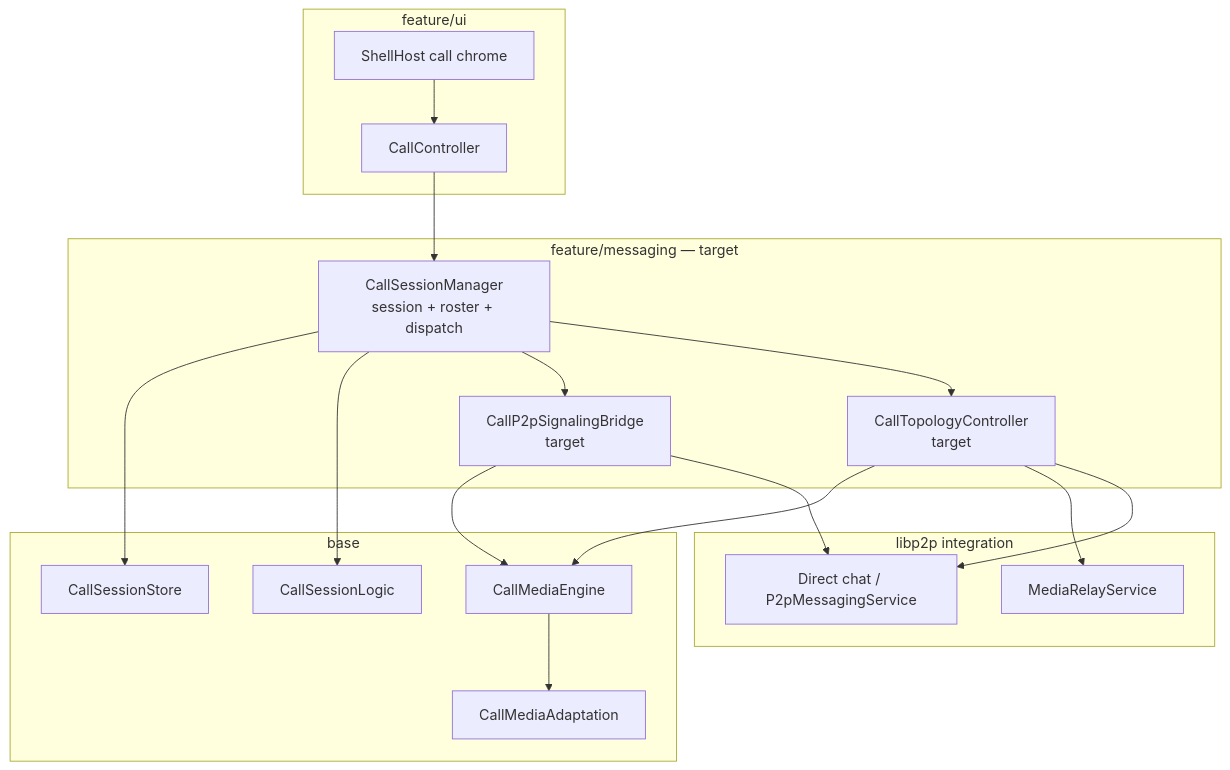
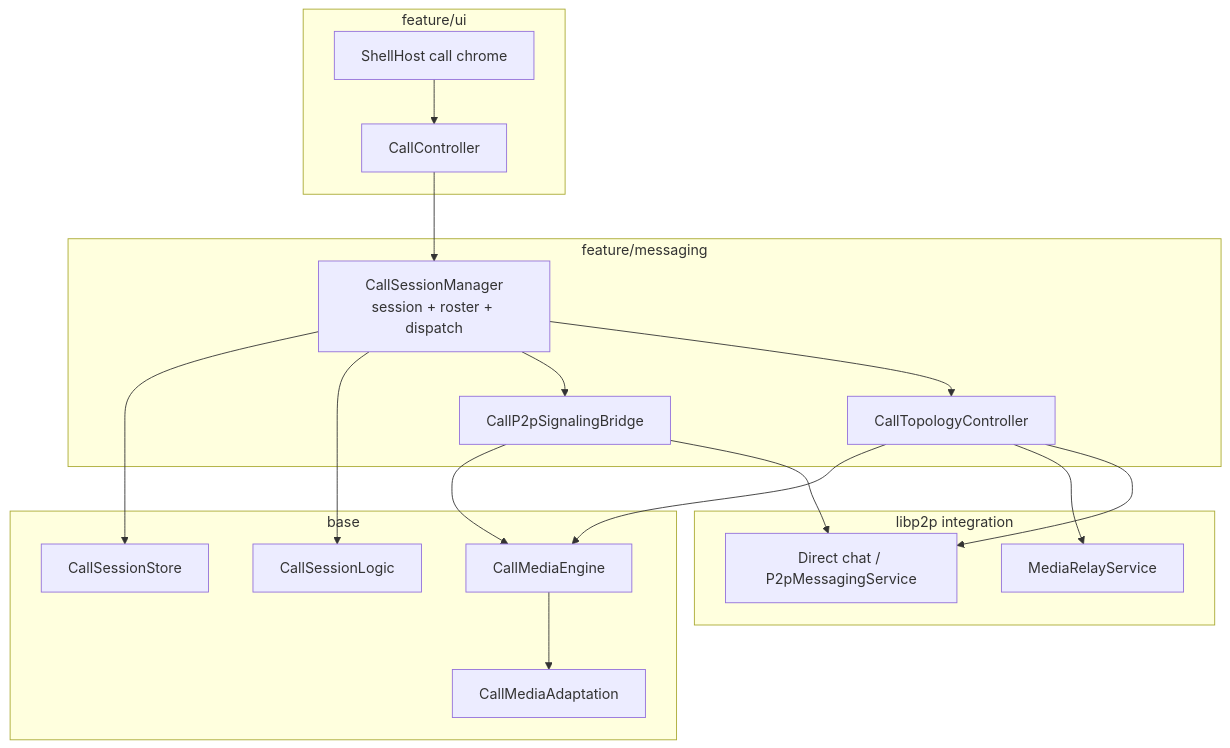
Before and after one commit to people-post/pp-browser: the diagram in docs/architecture/CALLS.md, drawn with Mermaid. The commit also changed other lines of this file and 15 other files, not shown here.

````diff
--- a/docs/architecture/CALLS.md
+++ b/docs/architecture/CALLS.md
@@ -26,34 +26,34 @@
 ```mermaid
 flowchart TB
   subgraph ui [feature/ui]
     CC[CallController]
     Shell[ShellHost call chrome]
   end
-  subgraph feature [feature/messaging — target]
+  subgraph feature [feature/messaging]
     CSM[CallSessionManager<br/>session + roster + dispatch]
-    P2P[CallP2pSignalingBridge<br/>target]
-    Topo[CallTopologyController<br/>target]
+    P2P[CallP2pSignalingBridge]
+    Topo[CallTopologyController]
   end
   subgraph base [base]
     Store[CallSessionStore]
     Logic[CallSessionLogic]
     Eng[CallMediaEngine]
     Adapt[CallMediaAdaptation]
   end
   subgraph mesh [libp2p integration]
     DM[Direct chat / P2pMessagingService]
     MR[MediaRelayService]
   end
   CC --> CSM
   Shell --> CC
   CSM --> Store
   CSM --> Logic
   CSM --> P2P
   CSM --> Topo
   P2P --> Eng
   P2P --> DM
   Topo --> Eng
   Topo --> MR
   Topo --> DM
   Eng --> Adapt
 ```
````
